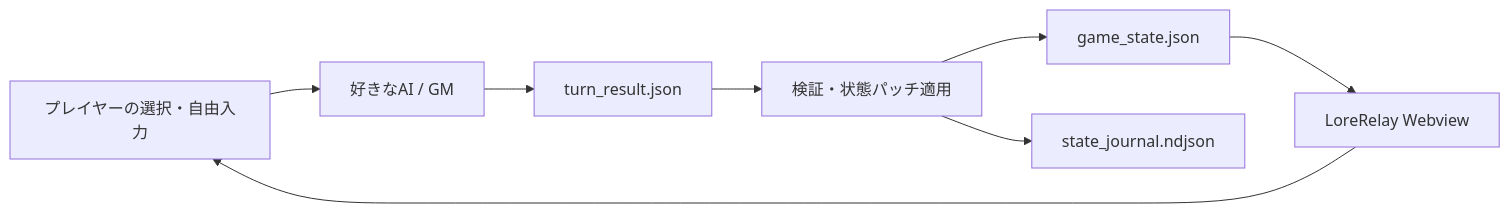
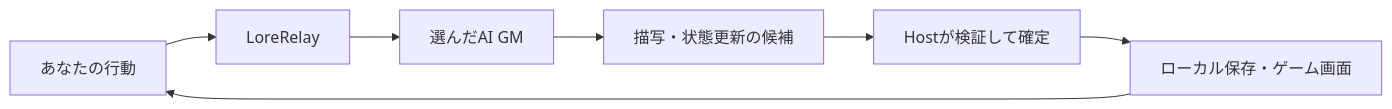
Before and after one commit to GGF1sh/LoreRelay: the diagram in README.md, drawn with Mermaid. The commit also changed other lines of this file and 10 other files, not shown here.

````diff
--- a/README.md
+++ b/README.md
@@ -154,10 +58,9 @@
 ```mermaid
 flowchart LR
-    Player["プレイヤーの選択・自由入力"] --> GM["好きなAI / GM"]
-    GM --> Turn["turn_result.json"]
-    Turn --> Gate["検証・状態パッチ適用"]
-    Gate --> State["game_state.json"]
-    Gate --> Journal["state_journal.ndjson"]
-    State --> UI["LoreRelay Webview"]
-    UI --> Player
+    Human["あなたの行動"] --> Host["LoreRelay"]
+    Host --> AI["選んだAI GM"]
+    AI --> Candidate["描写・状態更新の候補"]
+    Candidate --> Accept["Hostが検証して確定"]
+    Accept --> Local["ローカル保存・ゲーム画面"]
+    Local --> Human
 ```
````
